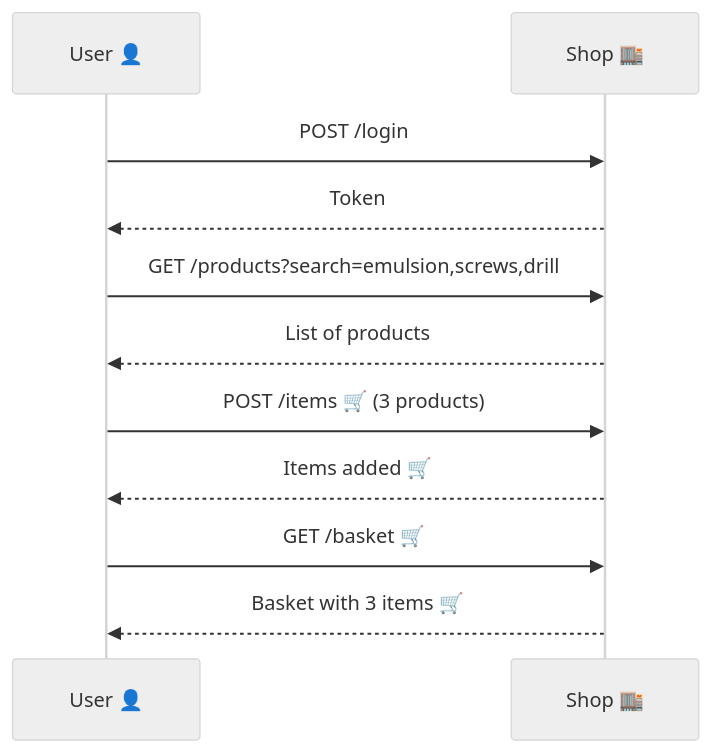
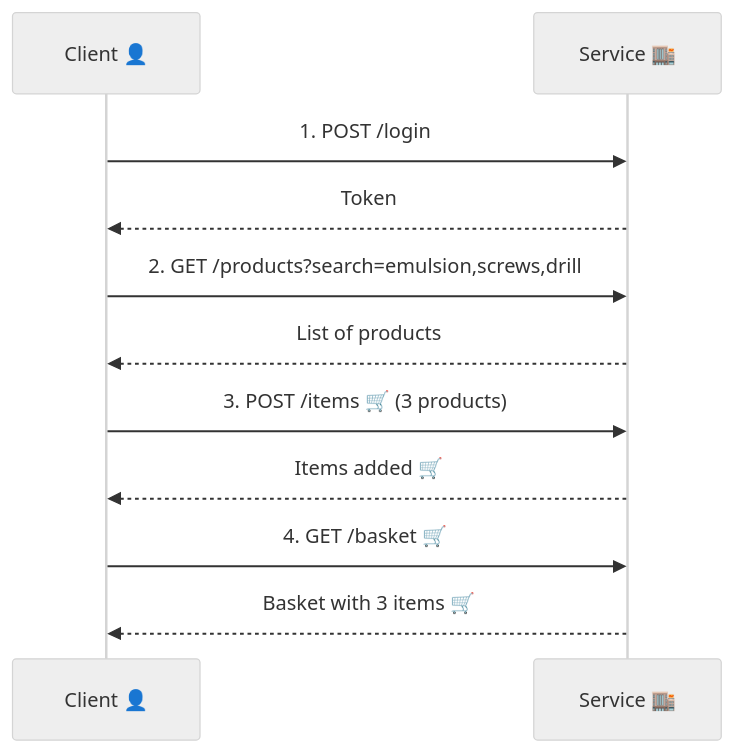
Before and after one commit to edwardwillis/corepython: the diagram in workshop-sequence.md, drawn with Mermaid (neutral theme).

Commit message:
Rename participants in sequence diagram

````diff
--- a/workshop-sequence.md
+++ b/workshop-sequence.md
@@ -1,17 +1,17 @@
 ```mermaid
 sequenceDiagram
-    participant User 👤
-    participant Shop 🏬
+    participant Client 👤
+    participant Service 🏬
 
-    User 👤->>Shop 🏬: POST /login
-    Shop 🏬-->>User 👤: Token
+    Client 👤->>Service 🏬: 1. POST /login
+    Service 🏬-->>Client 👤: Token
 
-    User 👤->>Shop 🏬: GET /products?search=emulsion,screws,drill
-    Shop 🏬-->>User 👤: List of products
+    Client 👤->>Service 🏬: 2. GET /products?search=emulsion,screws,drill
+    Service 🏬-->>Client 👤: List of products
 
-    User 👤->>Shop 🏬: POST /items 🛒 (3 products)
-    Shop 🏬-->>User 👤: Items added 🛒
+    Client 👤->>Service 🏬: 3. POST /items 🛒 (3 products)
+    Service 🏬-->>Client 👤: Items added 🛒
 
-    User 👤->>Shop 🏬: GET /basket 🛒
-    Shop 🏬-->>User 👤: Basket with 3 items 🛒
+    Client 👤->>Service 🏬: 4. GET /basket 🛒
+    Service 🏬-->>Client 👤: Basket with 3 items 🛒
 ```
````
